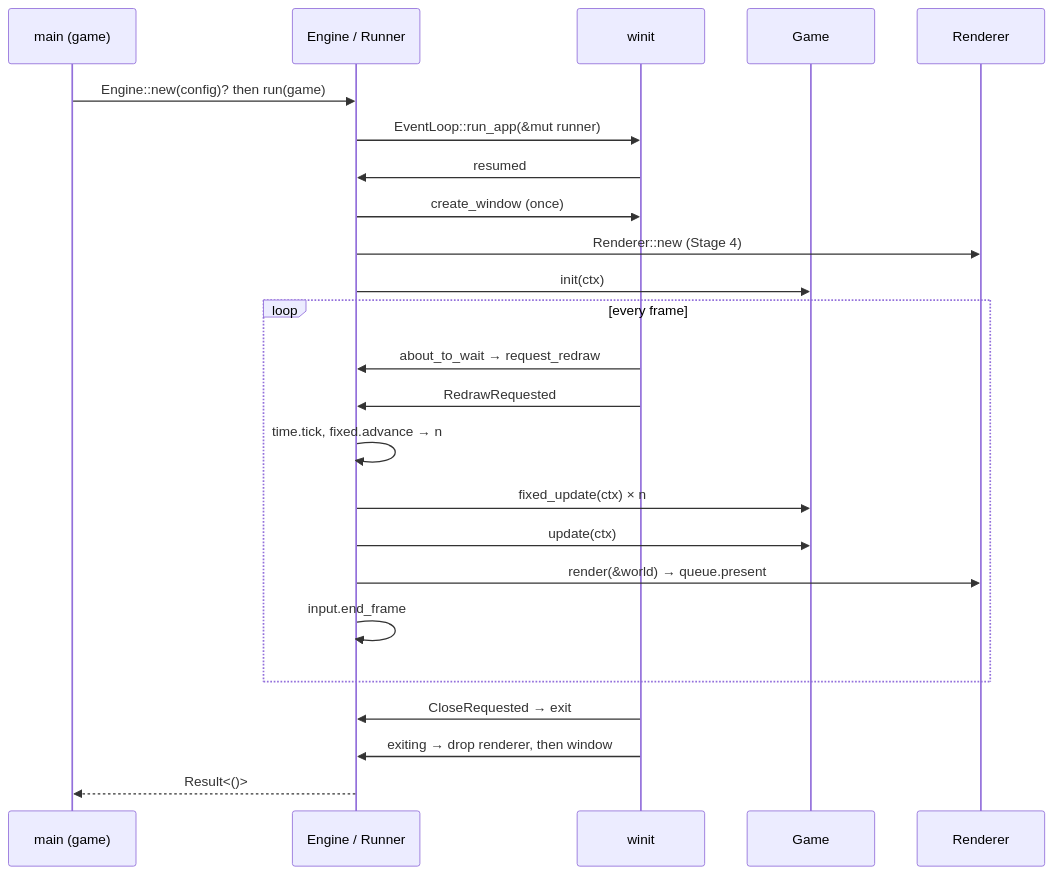
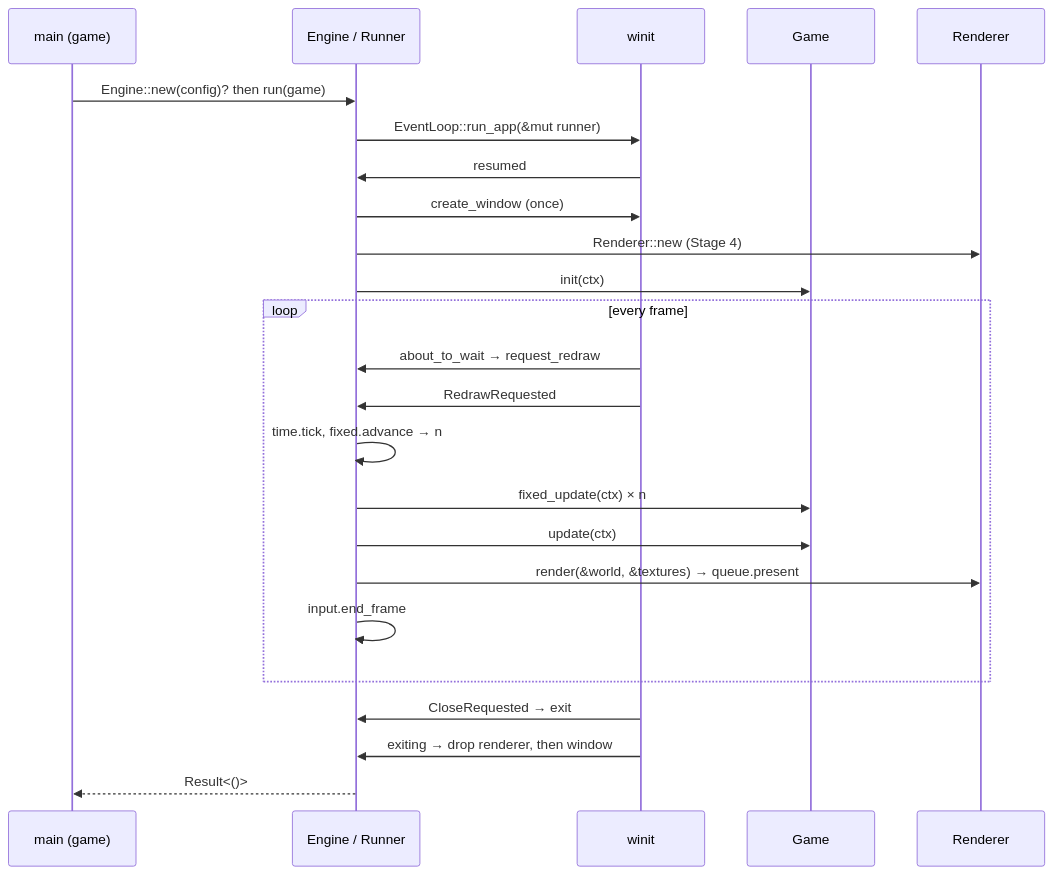
One commit to DavidVilela1/purplepie changed the second of 2 diagrams in docs/ARCHITECTURE.md. Above: the diagram before and after it, drawn with Mermaid. The commit also changed other lines of this file and 22 other files, not shown here.

First line of the commit message:
feat(render): load PNG textures and draw ECS sprites (PP-008)

````diff
--- a/docs/ARCHITECTURE.md
+++ b/docs/ARCHITECTURE.md
@@ -162,26 +170,26 @@
 ```mermaid
 sequenceDiagram
     participant M as main (game)
     participant E as Engine / Runner
     participant W as winit
     participant G as Game
     participant R as Renderer
     M->>E: Engine::new(config)? then run(game)
     E->>W: EventLoop::run_app(&mut runner)
     W->>E: resumed
     E->>W: create_window (once)
     E->>R: Renderer::new (Stage 4)
     E->>G: init(ctx)
     loop every frame
         W->>E: about_to_wait → request_redraw
         W->>E: RedrawRequested
         E->>E: time.tick, fixed.advance → n
         E->>G: fixed_update(ctx) × n
         E->>G: update(ctx)
-        E->>R: render(&world) → queue.present
+        E->>R: render(&world, &textures) → queue.present
         E->>E: input.end_frame
     end
     W->>E: CloseRequested → exit
     W->>E: exiting → drop renderer, then window
     E-->>M: Result<()>
 ```
````
